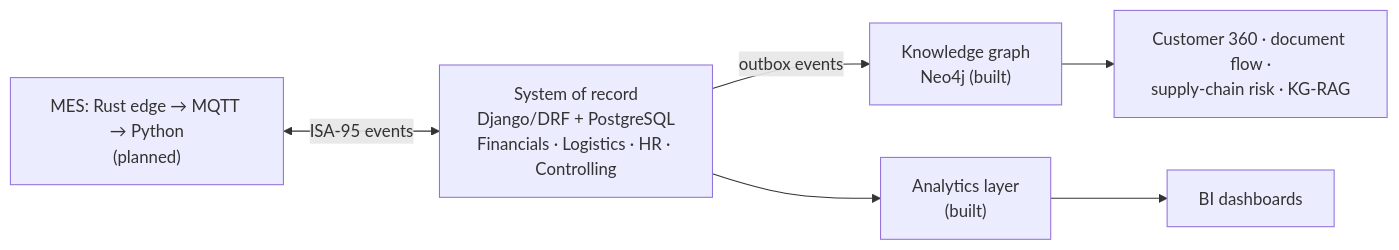
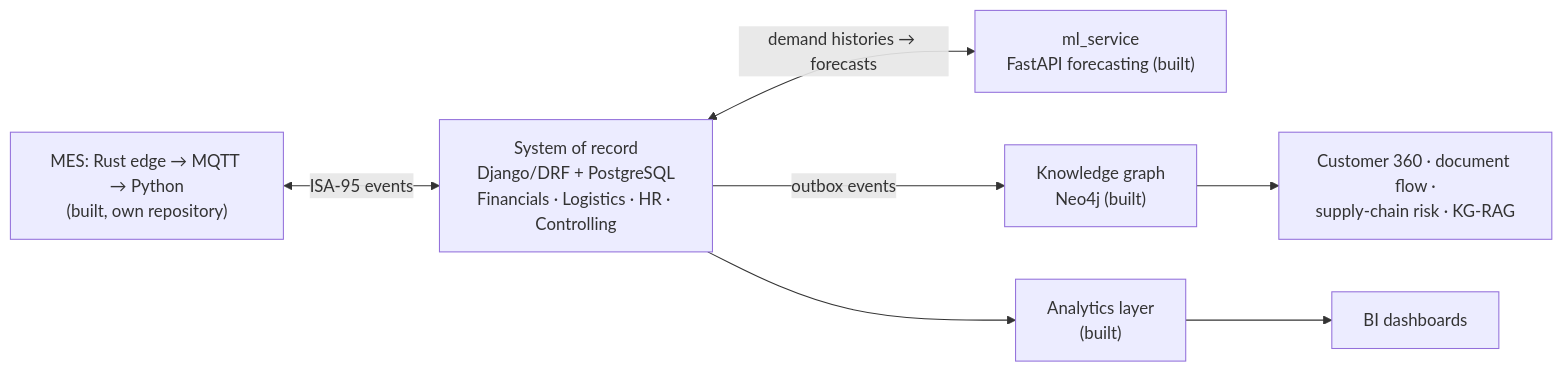
Before and after one commit to mokwenaanthony-dev/ERP-Intelligence: the diagram in README.md, drawn with Mermaid. The commit also changed other lines of this file and 47 other files, not shown here.

Commit message:
Wave 8a: demand forecasting - ml_service (FastAPI), demand history, forecast runs

````diff
--- a/README.md
+++ b/README.md
@@ -24,8 +27,9 @@
 ```mermaid
 flowchart LR
-    MES["MES: Rust edge → MQTT → Python<br/>(planned)"] <-->|ISA-95 events| CORE
+    MES["MES: Rust edge → MQTT → Python<br/>(built, own repository)"] <-->|ISA-95 events| CORE
+    CORE <-->|"demand histories → forecasts"| ML["ml_service<br/>FastAPI forecasting (built)"]
     CORE["System of record<br/>Django/DRF + PostgreSQL<br/>Financials · Logistics · HR · Controlling"] -- "outbox events" --> KG["Knowledge graph<br/>Neo4j (built)"]
     CORE --> AN["Analytics layer<br/>(built)"]
     KG --> AI["Customer 360 · document flow ·<br/>supply-chain risk · KG-RAG"]
     AN --> BI["BI dashboards"]
 ```
````
